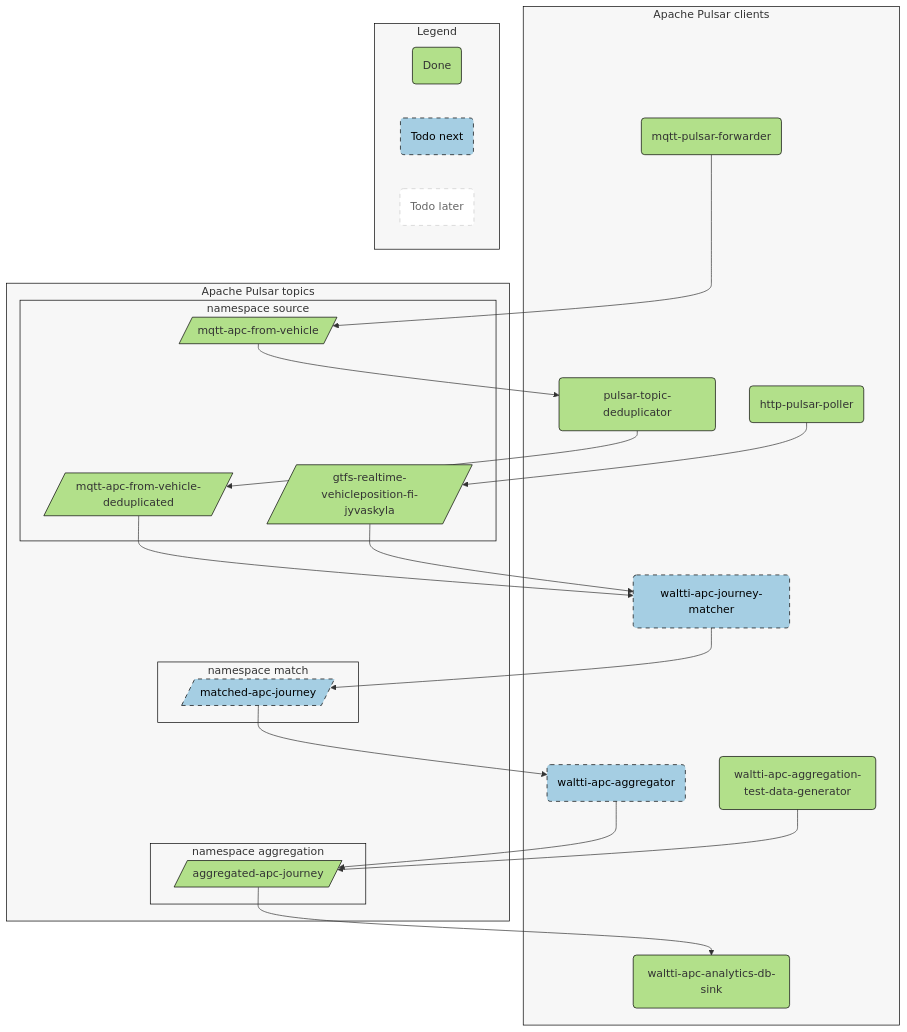
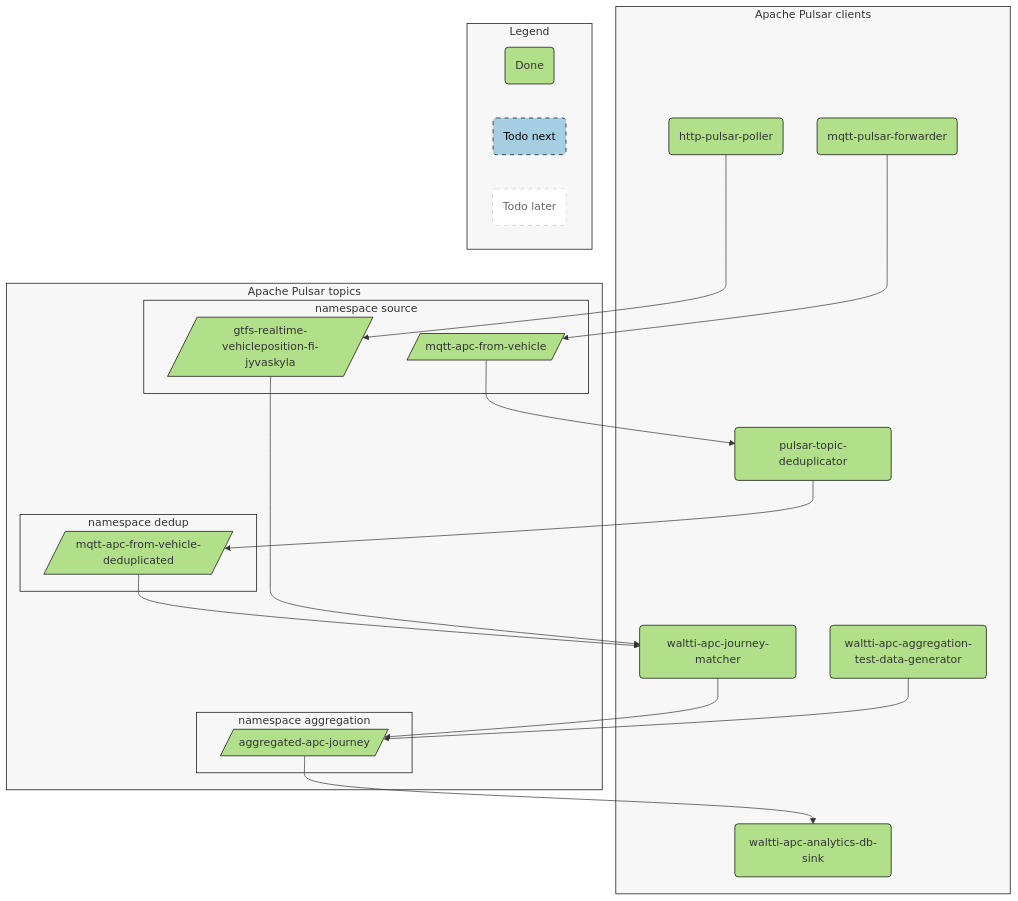
One commit to tvv-lippu-ja-maksujarjestelma-oy/waltti-apc changed the second of 2 diagrams in README.md. Above: the diagram before and after it, drawn with Mermaid.

Commit message:
docs: Update Pulsar diagram

````diff
--- a/README.md
+++ b/README.md
@@ -102,80 +102,75 @@
 ```mermaid
 flowchart TB
   %% Nodes
 
   subgraph pulsarclients["Apache Pulsar clients"]
     mqttpulsarforwarder("mqtt-pulsar-forwarder")
     mqttdeduplicator("pulsar-topic-deduplicator")
     httppulsarpoller("http-pulsar-poller")
     matcher("waltti-apc-journey-matcher")
     testdatagenerator("waltti-apc-aggregation-test-data-generator")
-    aggregator("waltti-apc-aggregator")
     dbsink("waltti-apc-analytics-db-sink")
   end
   subgraph pulsartopics["Apache Pulsar topics"]
     subgraph nssource["namespace source"]
       mqttraw[/"mqtt-apc-from-vehicle"/]
-      mqttdeduplicated[/"mqtt-apc-from-vehicle-deduplicated"/]
       gtfsrtrawjyvaskyla[/"gtfs-realtime-vehicleposition-fi-jyvaskyla"/]
     end
-    subgraph nsmatch["namespace match"]
-      matchedapcjourney[/"matched-apc-journey"/]
+    subgraph nsdedup["namespace dedup"]
+      mqttdeduplicated[/"mqtt-apc-from-vehicle-deduplicated"/]
     end
     subgraph nsaggregation["namespace aggregation"]
       aggregated[/"aggregated-apc-journey"/]
     end
   end
 
   %% Edges
 
   mqttpulsarforwarder --> mqttraw
   mqttraw --> mqttdeduplicator
   mqttdeduplicator --> mqttdeduplicated
   httppulsarpoller --> gtfsrtrawjyvaskyla
   mqttdeduplicated --> matcher
   gtfsrtrawjyvaskyla --> matcher
-  matcher --> matchedapcjourney
-  matchedapcjourney --> aggregator
-  aggregator --> aggregated
+  matcher --> aggregated
   testdatagenerator --> aggregated
   aggregated --> dbsink
 
   %% Styling
 
   classDef env fill:#f7f7f7,stroke:#000
   class pulsartopics env
   class pulsarclients env
   class nssource env
   class nsmatch env
   class nsaggregation env
+  class nsdedup env
 
   classDef done fill:#b2e08a,stroke:#000
   class mqttpulsarforwarder done
   class mqttraw done
   class testdatagenerator done
   class dbsink done
   class aggregated done
   class httppulsarpoller done
   class mqttdeduplicator done
   class mqttdeduplicated done
   class gtfsrtrawjyvaskyla done
+  class matcher done
 
   classDef later fill:#fff,stroke:#ccc,stroke-width:1px,color:#666,stroke-dasharray: 6 6
 
   classDef next fill:#a5cee3,stroke:#000,stroke-width:1px,color:#000,stroke-dasharray: 6 6
-  class aggregator next
-  class matchedapcjourney next
-  class matcher next
 
   %% Legend
 
   subgraph legend["Legend"]
     legenddone("Done")
     legendnext("Todo next")
     legendlater("Todo later")
   end
   class legend env
   class legenddone done
   class legendnext next
   class legendlater later
 ```
````
